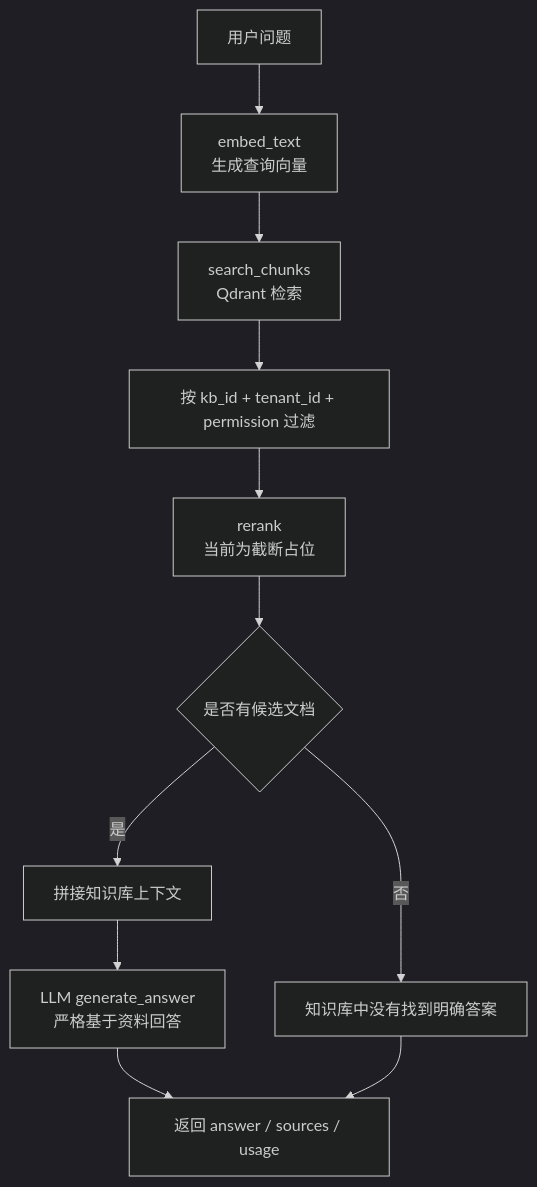
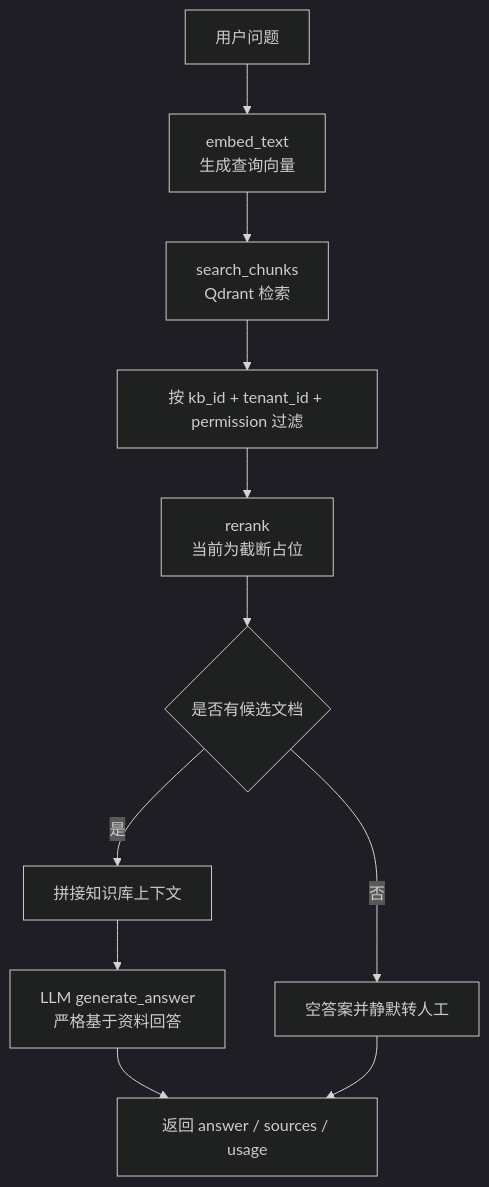
One commit to yuewithme/intelligent-customer-service changed the fifth of 8 diagrams in wechat_rag_bot/docs/project_framework.md. Above: the diagram before and after it, drawn with Mermaid (dark theme). The commit also changed other lines of this file and 24 other files, not shown here.

````diff
--- a/wechat_rag_bot/docs/project_framework.md
+++ b/wechat_rag_bot/docs/project_framework.md
@@ -451,13 +451,13 @@
 ```mermaid
 flowchart TD
   A["用户问题"] --> B["embed_text<br/>生成查询向量"]
   B --> C["search_chunks<br/>Qdrant 检索"]
   C --> D["按 kb_id + tenant_id + permission 过滤"]
   D --> E["rerank<br/>当前为截断占位"]
   E --> F{"是否有候选文档"}
-  F -- "否" --> G["知识库中没有找到明确答案"]
+  F -- "否" --> G["空答案并静默转人工"]
   F -- "是" --> H["拼接知识库上下文"]
   H --> I["LLM generate_answer<br/>严格基于资料回答"]
   I --> J["返回 answer / sources / usage"]
   G --> J
 ```
````
